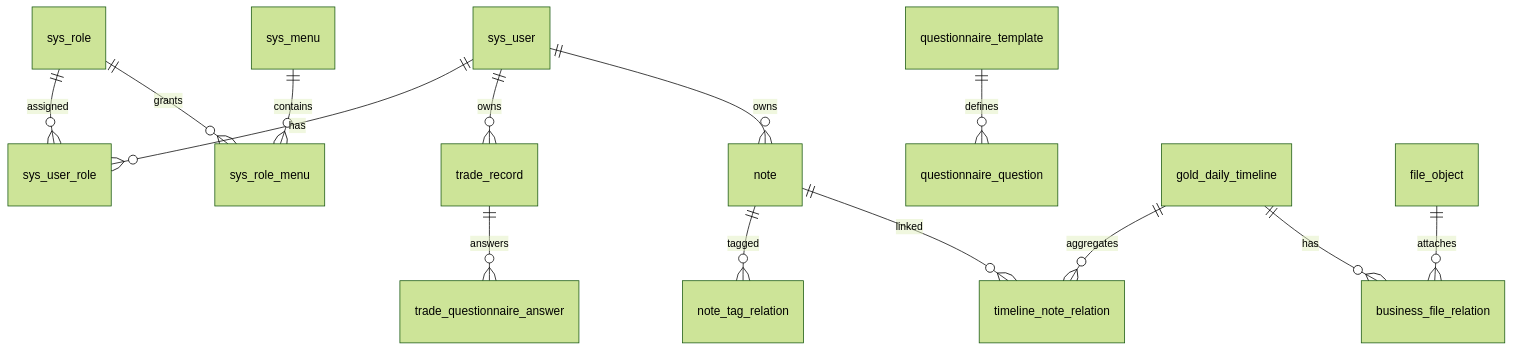
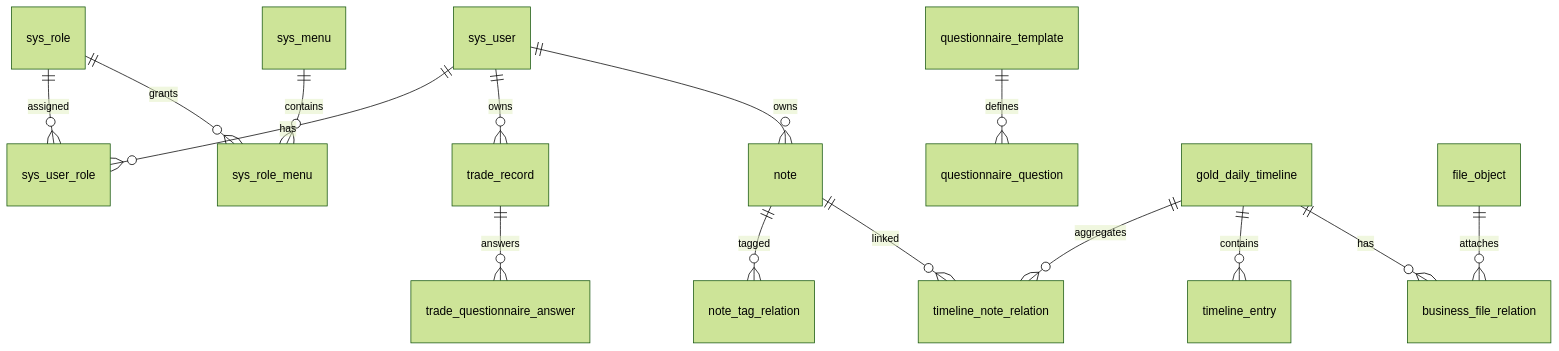
The diagram in docs/项目阅读与业务总览.md (CG-RECT/TradN), drawn with Mermaid (forest theme) before and after one commit. The commit also changed other lines of this file and 6 other files, not shown here.

````diff
--- a/docs/项目阅读与业务总览.md
+++ b/docs/项目阅读与业务总览.md
@@ -50,16 +50,17 @@
 ```mermaid
 erDiagram
   sys_user ||--o{ sys_user_role : has
   sys_role ||--o{ sys_user_role : assigned
   sys_role ||--o{ sys_role_menu : grants
   sys_menu ||--o{ sys_role_menu : contains
   sys_user ||--o{ trade_record : owns
   trade_record ||--o{ trade_questionnaire_answer : answers
   questionnaire_template ||--o{ questionnaire_question : defines
   sys_user ||--o{ note : owns
   note ||--o{ note_tag_relation : tagged
   note ||--o{ timeline_note_relation : linked
   gold_daily_timeline ||--o{ timeline_note_relation : aggregates
+  gold_daily_timeline ||--o{ timeline_entry : contains
   file_object ||--o{ business_file_relation : attaches
   gold_daily_timeline ||--o{ business_file_relation : has
 ```
````
